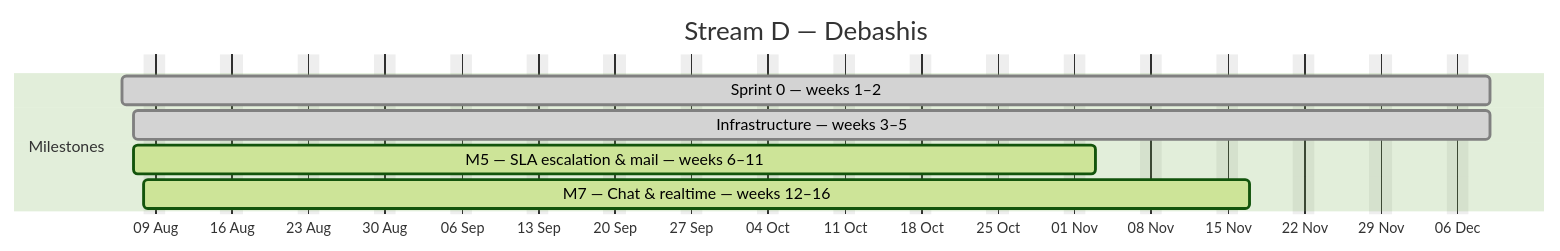
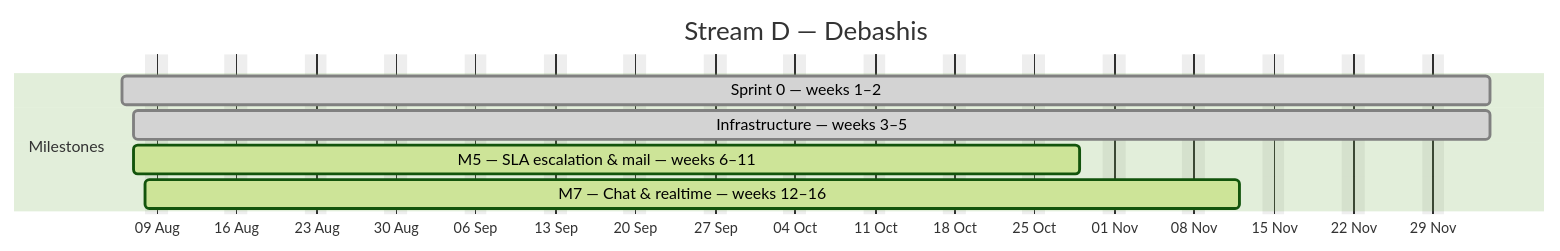
The fourth of 4 diagrams in docs/plan/GANTT.md (debashisedunext/EduTrack), drawn with Mermaid (forest theme) before and after one commit. The commit also changed other lines of this file and 2 other files, not shown here.

````diff
--- a/docs/plan/GANTT.md
+++ b/docs/plan/GANTT.md
@@ -169,12 +168,12 @@
 ```mermaid
 gantt
     dateFormat YYYY-MM-DD
     axisFormat %d %b
     title Stream D — Debashis
     excludes weekends
     section Milestones
-    Sprint 0 — weeks 1–2 :done, d0, 2026-08-06, 89d
-    Infrastructure — weeks 3–5 :done, d1, 2026-08-07, 88d
-    M5 — SLA  escalation & mail — weeks 6–11 :active, d2, 2026-08-07, 62d
-    M7 — Chat & realtime — weeks 12–16 :active, d3, 2026-08-08, 72d
+    Sprint 0 — weeks 1–2 :done, d0, 2026-08-06, 86d
+    Infrastructure — weeks 3–5 :done, d1, 2026-08-07, 85d
+    M5 — SLA  escalation & mail — weeks 6–11 :active, d2, 2026-08-07, 59d
+    M7 — Chat & realtime — weeks 12–16 :active, d3, 2026-08-08, 69d
 ```
````
